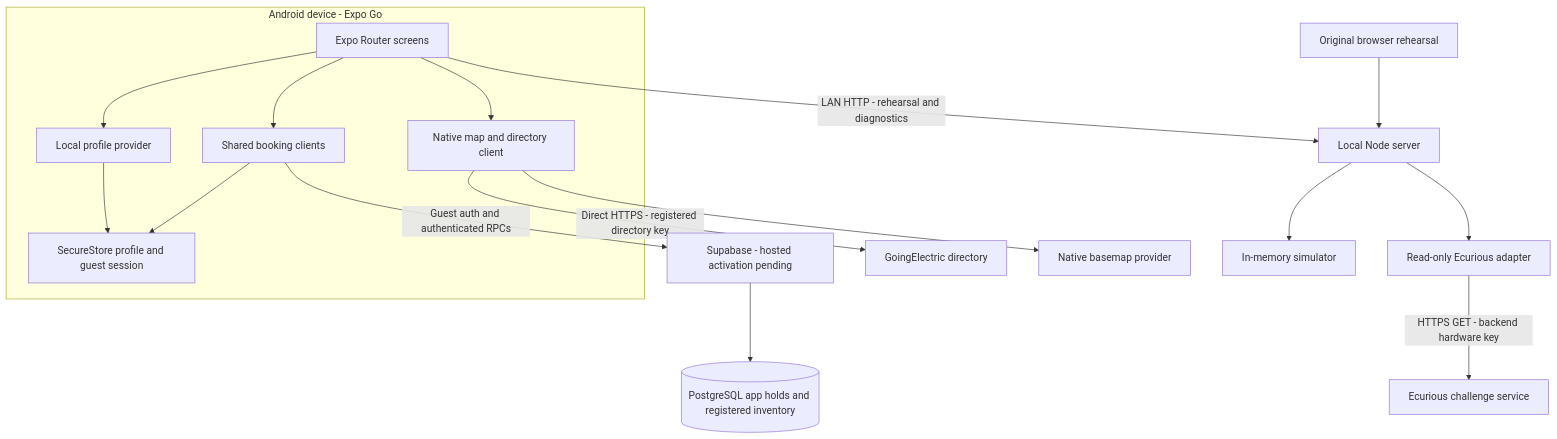
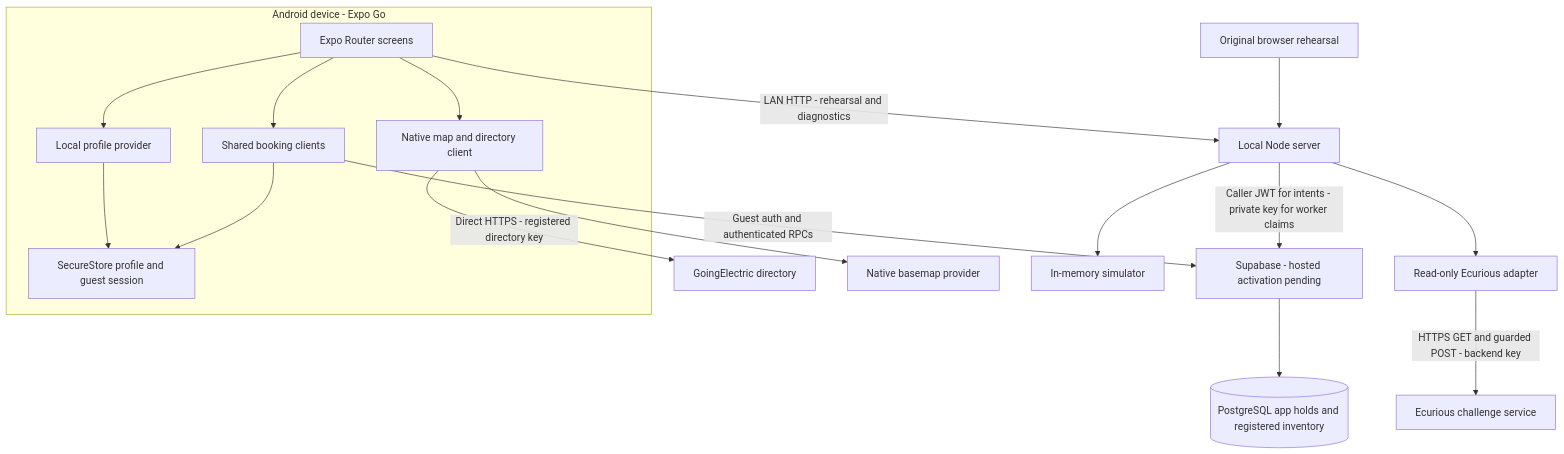
One commit to BorisPetreski/Ecurious-Challenge changed the first of 4 diagrams in docs/SYSTEM-DESIGN.md. Above: the diagram before and after it, drawn with Mermaid. The commit also changed other lines of this file and 59 other files, not shown here.

````diff
--- a/docs/SYSTEM-DESIGN.md
+++ b/docs/SYSTEM-DESIGN.md
@@ -38,24 +39,25 @@
 ```mermaid
 flowchart TB
   subgraph Phone[Android device - Expo Go]
     UI[Expo Router screens]
     Profile[Local profile provider]
     Shared[Shared booking clients]
     Map[Native map and directory client]
     Store[SecureStore profile and guest session]
     UI --> Profile
     UI --> Shared
     UI --> Map
     Profile --> Store
     Shared --> Store
   end
   Map -->|Direct HTTPS - registered directory key| GE[GoingElectric directory]
   Map --> Basemap[Native basemap provider]
   Shared -->|Guest auth and authenticated RPCs| Cloud[Supabase - hosted activation pending]
   Cloud --> DB[(PostgreSQL app holds and registered inventory)]
   UI -->|LAN HTTP - rehearsal and diagnostics| Node[Local Node server]
   Browser[Original browser rehearsal] --> Node
   Node --> Sim[In-memory simulator]
   Node --> Adapter[Read-only Ecurious adapter]
-  Adapter -->|HTTPS GET - backend hardware key| Hardware[Ecurious challenge service]
+  Adapter -->|HTTPS GET and guarded POST - backend key| Hardware[Ecurious challenge service]
+  Node -->|Caller JWT for intents - private key for worker claims| Cloud
 ```
````
